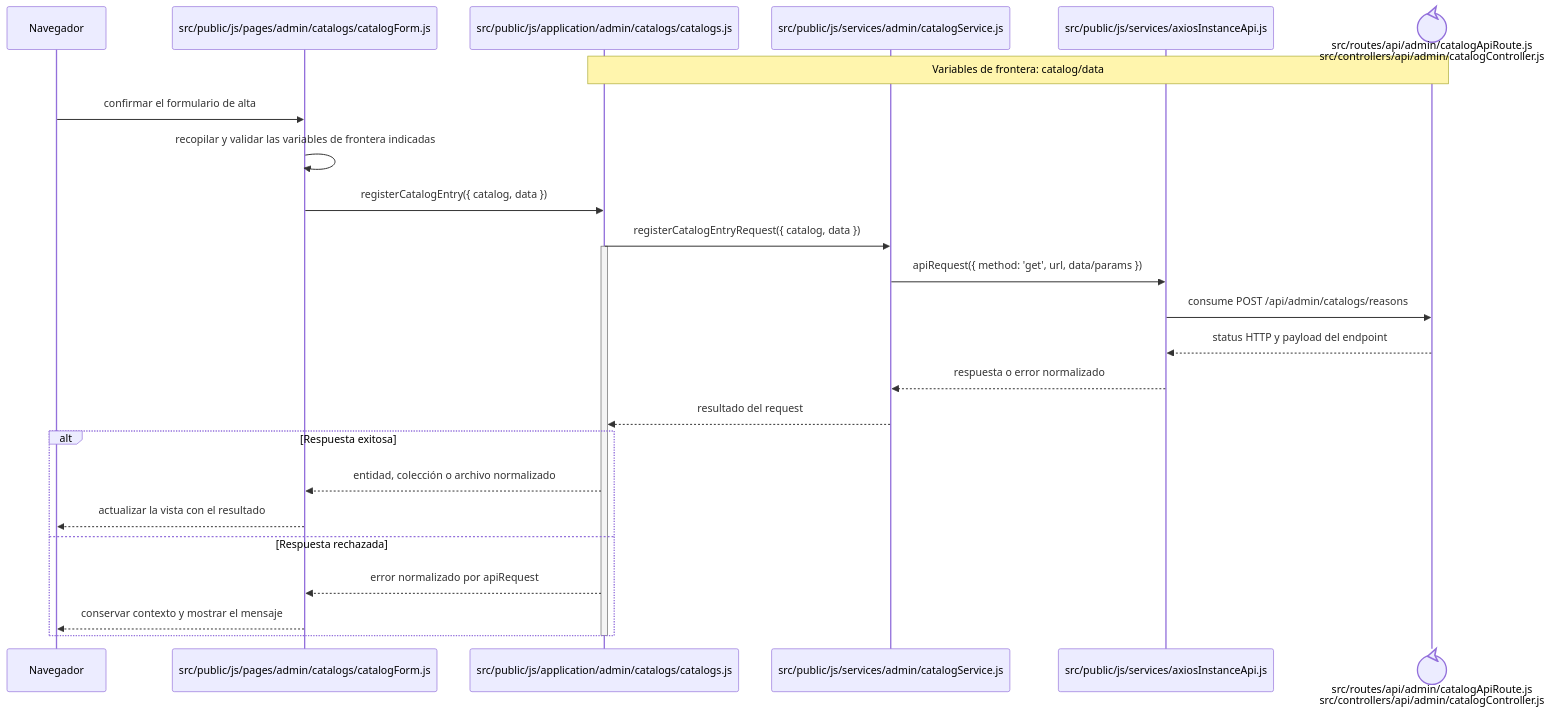
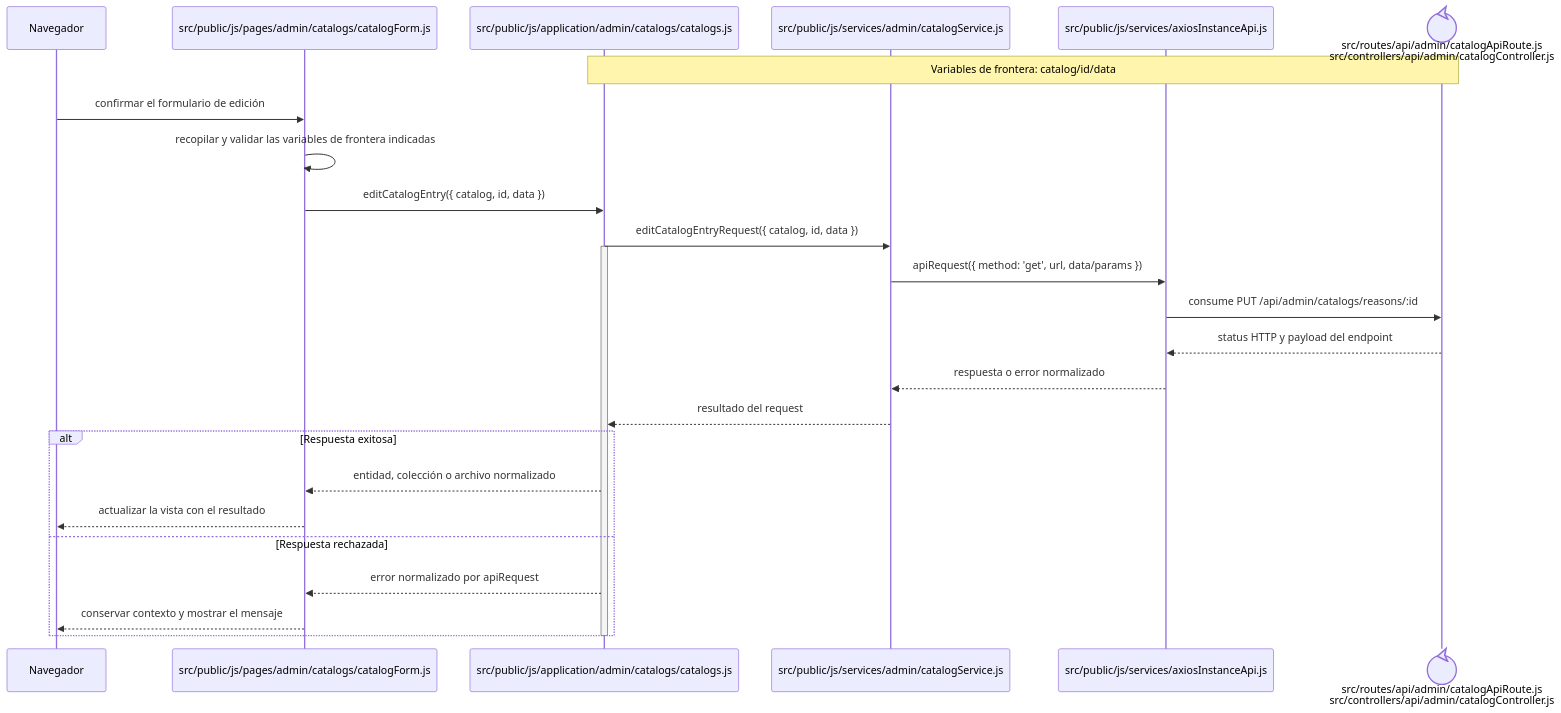
One commit to gpgsistemas01/nexus changed the diagram in docs/architecture/frontend-code-sequences/catalogs/cu-cat-23.md. Above: the diagram before and after it, drawn with Mermaid. The commit also changed other lines of this file and 167 other files, not shown here.

````diff
--- a/docs/architecture/frontend-code-sequences/catalogs/cu-cat-23.md
+++ b/docs/architecture/frontend-code-sequences/catalogs/cu-cat-23.md
@@ -6,29 +6,29 @@
 ```mermaid
 sequenceDiagram
     participant Browser as Navegador
     participant View as src/public/js/pages/admin/catalogs/catalogForm.js
     participant Application as src/public/js/application/admin/catalogs/catalogs.js
     participant Request as src/public/js/services/admin/catalogService.js
     participant HTTP as src/public/js/services/axiosInstanceApi.js
     participant Transport@{ "type": "control" } as src/routes/api/admin/catalogApiRoute.js<br/>src/controllers/api/admin/catalogController.js
-    Note over Application,Transport: Variables de frontera: catalog/data
+    Note over Application,Transport: Variables de frontera: catalog/id/data
 
-    Browser->>View: confirmar el formulario de alta
+    Browser->>View: confirmar el formulario de edición
     View->>View: recopilar y validar las variables de frontera indicadas
-    View->>Application: registerCatalogEntry({ catalog, data })
-    Application->>Request: registerCatalogEntryRequest({ catalog, data })
+    View->>Application: editCatalogEntry({ catalog, id, data })
+    Application->>Request: editCatalogEntryRequest({ catalog, id, data })
     activate Application
     Request->>HTTP: apiRequest({ method: 'get', url, data/params })
-    HTTP->>Transport: consume POST /api/admin/catalogs/reasons
+    HTTP->>Transport: consume PUT /api/admin/catalogs/reasons/:id
     Transport-->>HTTP: status HTTP y payload del endpoint
     HTTP-->>Request: respuesta o error normalizado
     Request-->>Application: resultado del request
     alt Respuesta exitosa
         Application-->>View: entidad, colección o archivo normalizado
         View-->>Browser: actualizar la vista con el resultado
     else Respuesta rechazada
         Application-->>View: error normalizado por apiRequest
         View-->>Browser: conservar contexto y mostrar el mensaje
     end
     deactivate Application
 ```
````
